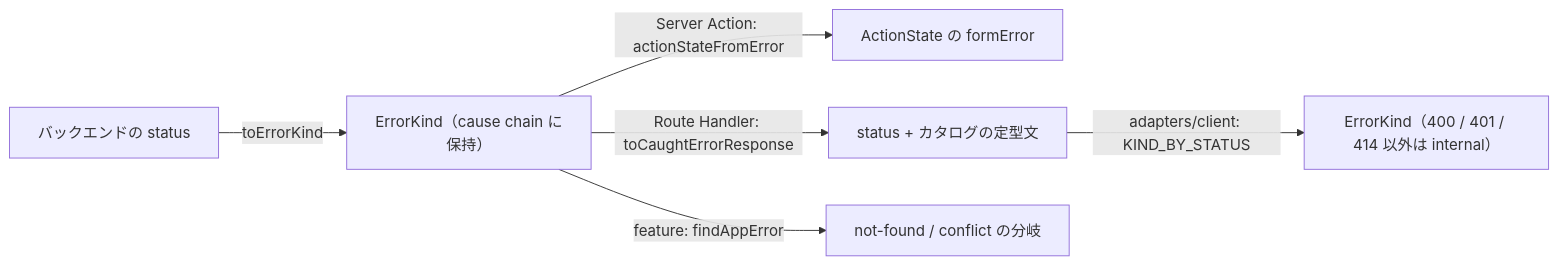
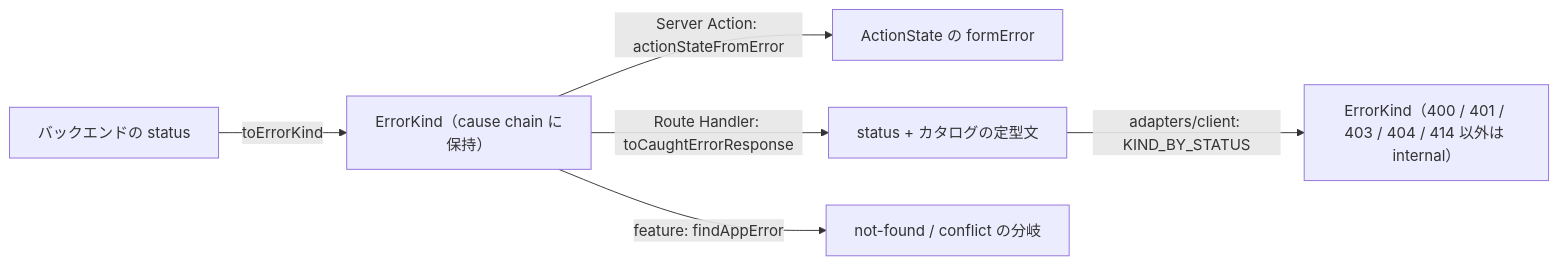
The second of 2 diagrams in docs/design/data-fetching.md (Tomy-ch/nextjs-boilerplate), drawn with Mermaid before and after one commit. The commit also changed other lines of this file and 4 other files, not shown here.

````diff
--- a/docs/design/data-fetching.md
+++ b/docs/design/data-fetching.md
@@ -146,8 +146,8 @@
 ```mermaid
 flowchart LR
   A["バックエンドの status"] -->|toErrorKind| K["ErrorKind（cause chain に保持）"]
   K -->|Server Action: actionStateFromError| S["ActionState の formError"]
   K -->|Route Handler: toCaughtErrorResponse| H["status + カタログの定型文"]
-  H -->|adapters/client: KIND_BY_STATUS| C["ErrorKind（400 / 401 / 414 以外は internal）"]
+  H -->|adapters/client: KIND_BY_STATUS| C["ErrorKind（400 / 401 / 403 / 404 / 414 以外は internal）"]
   K -->|feature: findAppError| N["not-found / conflict の分岐"]
 ```
````
